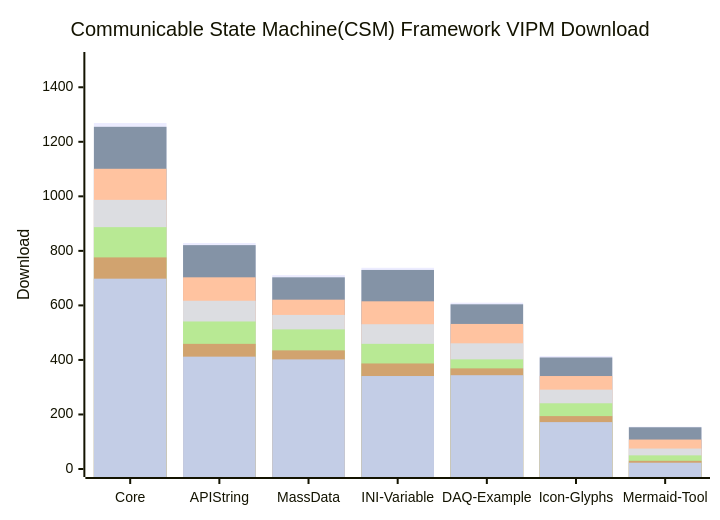
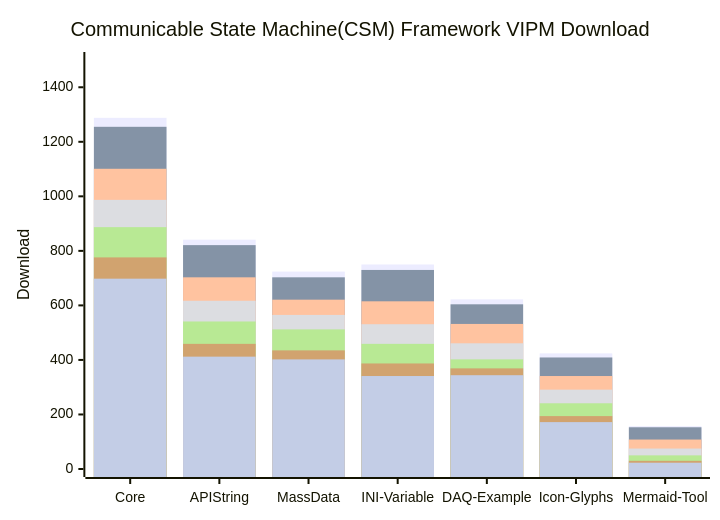
Before and after one commit to NEVSTOP-LAB/.github: the diagram in profile/README.md, drawn with Mermaid.

````diff
--- a/profile/README.md
+++ b/profile/README.md
@@ -31,13 +31,13 @@
 ```mermaid
     xychart-beta
     title "Communicable State Machine(CSM) Framework VIPM Download"
     x-axis [Core, API String, MassData, INI-Variable, DAQ-Example, Icon-Glyphs, Mermaid-Tool]
     y-axis "Download" 0 --> 1500
-    bar   [1269, 829, 711, 738, 610, 414, 155]
+    bar   [1288, 841, 724, 750, 622, 424, 157]
     bar   [1255, 821, 703, 730, 604, 409, 153]
     bar   [1101, 703, 621, 615, 532, 341, 108]
     bar   [987, 617, 565, 531, 461, 291, 75]
     bar   [887, 541, 512, 459, 402, 241, 50]
     bar   [776, 459, 435, 387, 369, 194, 30]
     bar   [698, 412, 402, 341, 344, 172, 23]
 ```
````
